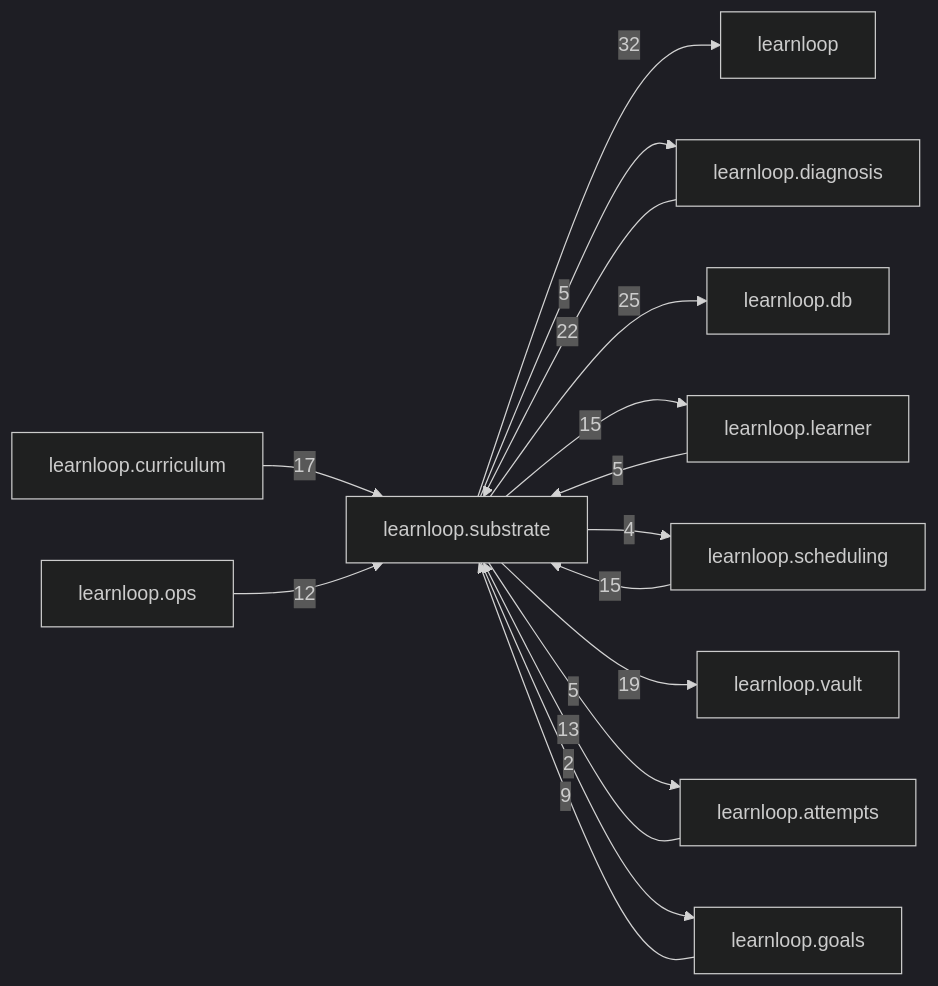
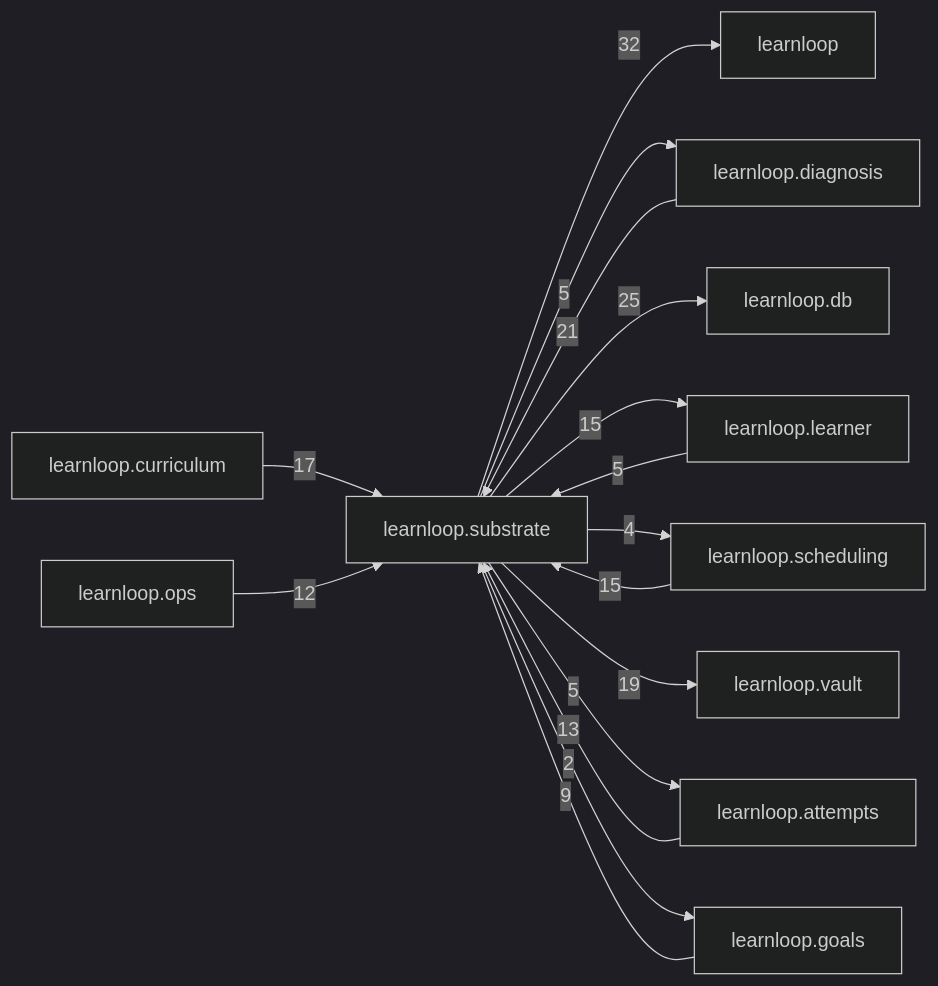
The diagram in docs/learnloop-architecture-vault/Reference/Modules/learnloop/substrate/_package.md (6up-b/learnanything), drawn with Mermaid (dark theme) before and after one commit. The commit also changed other lines of this file and 52 other files, not shown here.

````diff
--- a/docs/learnloop-architecture-vault/Reference/Modules/learnloop/substrate/_package.md
+++ b/docs/learnloop-architecture-vault/Reference/Modules/learnloop/substrate/_package.md
@@ -162,29 +162,29 @@
 ```mermaid
 flowchart LR
     center["learnloop.substrate"]
     n_learnloop["learnloop"]
     n_learnloop_diagnosis["learnloop.diagnosis"]
     n_learnloop_db["learnloop.db"]
     n_learnloop_learner["learnloop.learner"]
     n_learnloop_scheduling["learnloop.scheduling"]
     n_learnloop_vault["learnloop.vault"]
     n_learnloop_attempts["learnloop.attempts"]
     n_learnloop_curriculum["learnloop.curriculum"]
     n_learnloop_ops["learnloop.ops"]
     n_learnloop_goals["learnloop.goals"]
     center -->|32| n_learnloop
-    n_learnloop_diagnosis -->|22| center
+    n_learnloop_diagnosis -->|21| center
     center -->|5| n_learnloop_diagnosis
     center -->|25| n_learnloop_db
     n_learnloop_learner -->|5| center
     center -->|15| n_learnloop_learner
     n_learnloop_scheduling -->|15| center
     center -->|4| n_learnloop_scheduling
     center -->|19| n_learnloop_vault
     n_learnloop_attempts -->|13| center
     center -->|5| n_learnloop_attempts
     n_learnloop_curriculum -->|17| center
     n_learnloop_ops -->|12| center
     n_learnloop_goals -->|9| center
     center -->|2| n_learnloop_goals
 ```
````
